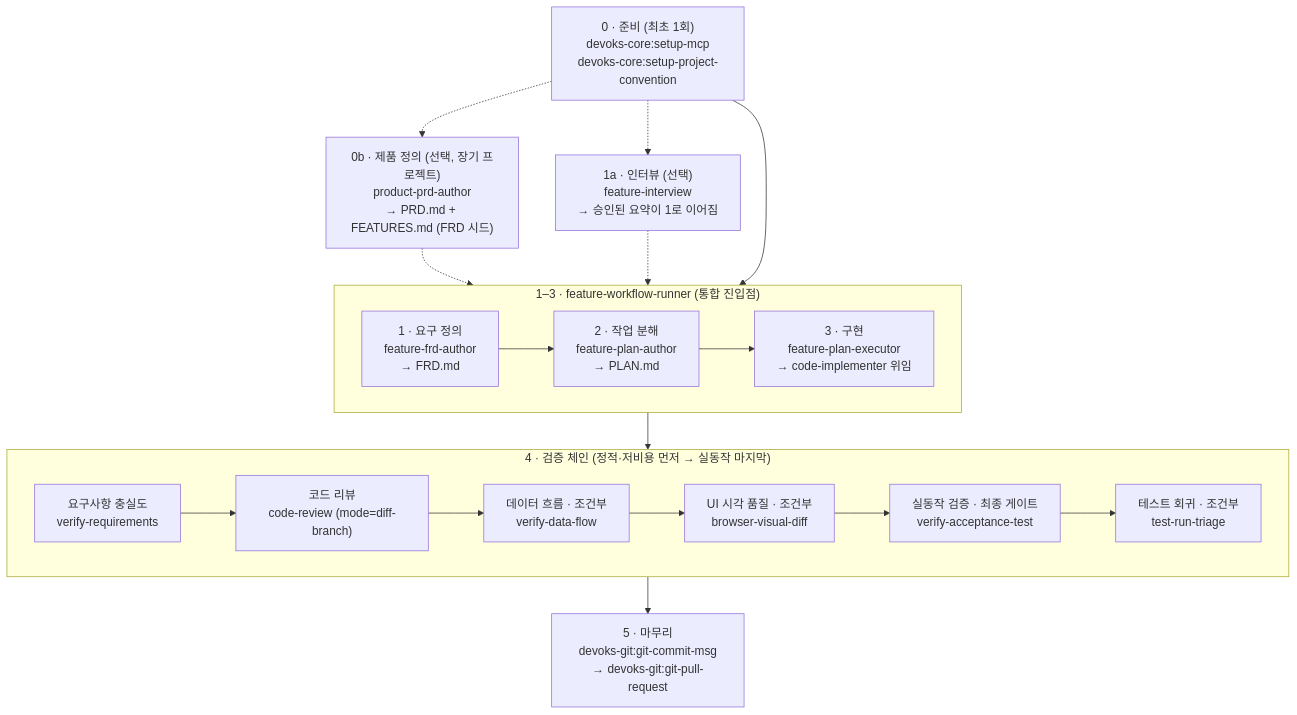
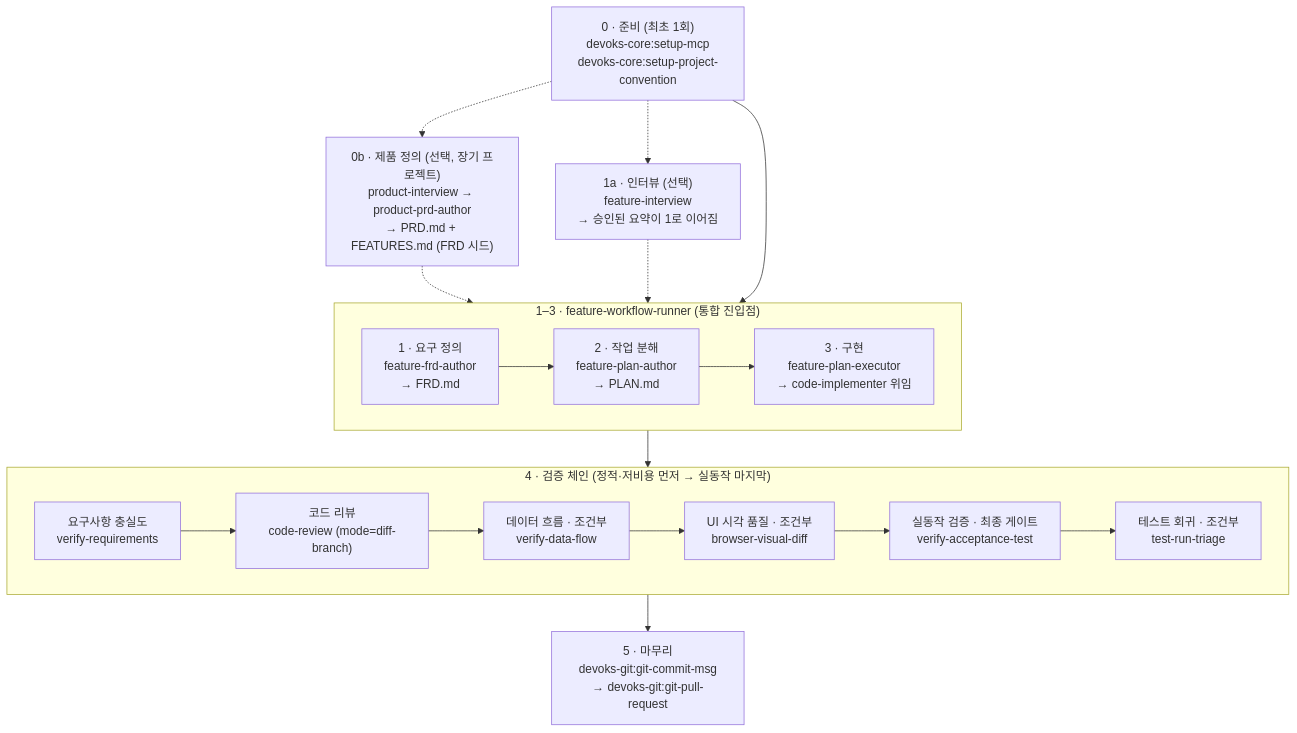
The diagram in docs/README.ko.md (ridsync/devoks-team-harness), drawn with Mermaid before and after one commit. The commit also changed other lines of this file and 16 other files, not shown here.

First line of the commit message:
feat(devoks-sdlc): 제품 기획 인터뷰 product-interview 신설과 PRD·FRD 입력 양식 SSOT 도입

````diff
--- a/docs/README.ko.md
+++ b/docs/README.ko.md
@@ -108,37 +108,37 @@
 ```mermaid
 flowchart TD
     S["0 · 준비 (최초 1회)<br/>devoks-core:setup-mcp<br/>devoks-core:setup-project-convention"]
 
-    PRD["0b · 제품 정의 (선택, 장기 프로젝트)<br/>product-prd-author<br/>→ PRD.md + FEATURES.md (FRD 시드)"]
+    PRD["0b · 제품 정의 (선택, 장기 프로젝트)<br/>product-interview → product-prd-author<br/>→ PRD.md + FEATURES.md (FRD 시드)"]
 
     D["1a · 인터뷰 (선택)<br/>feature-interview<br/>→ 승인된 요약이 1로 이어짐"]
 
     subgraph BUILD["1–3 · feature-workflow-runner (통합 진입점)"]
         direction LR
         F["1 · 요구 정의<br/>feature-frd-author<br/>→ FRD.md"]
         P["2 · 작업 분해<br/>feature-plan-author<br/>→ PLAN.md"]
         I["3 · 구현<br/>feature-plan-executor<br/>→ code-implementer 위임"]
         F --> P --> I
     end
 
     subgraph VERIFY["4 · 검증 체인 (정적·저비용 먼저 → 실동작 마지막)"]
         direction LR
         V1["요구사항 충실도<br/>verify-requirements"]
         V2["코드 리뷰<br/>code-review (mode=diff-branch)"]
         V3["데이터 흐름 · 조건부<br/>verify-data-flow"]
         V4["UI 시각 품질 · 조건부<br/>browser-visual-diff"]
         V5["실동작 검증 · 최종 게이트<br/>verify-acceptance-test"]
         V6["테스트 회귀 · 조건부<br/>test-run-triage"]
         V1 --> V2 --> V3 --> V4 --> V5 --> V6
     end
 
     C["5 · 마무리<br/>devoks-git:git-commit-msg<br/>→ devoks-git:git-pull-request"]
 
     S --> BUILD
     S -.-> PRD
     PRD -.-> F
     S -.-> D
     D -.-> F
     BUILD --> VERIFY
     VERIFY --> C
 ```
````
